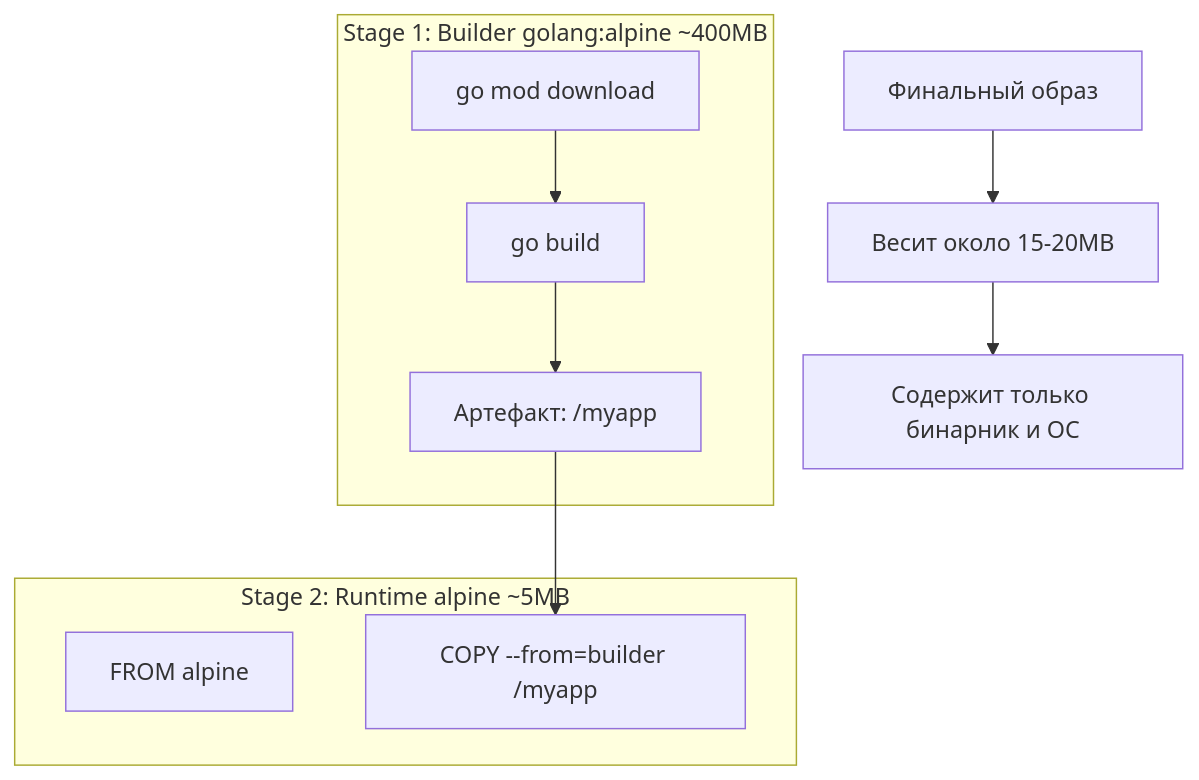
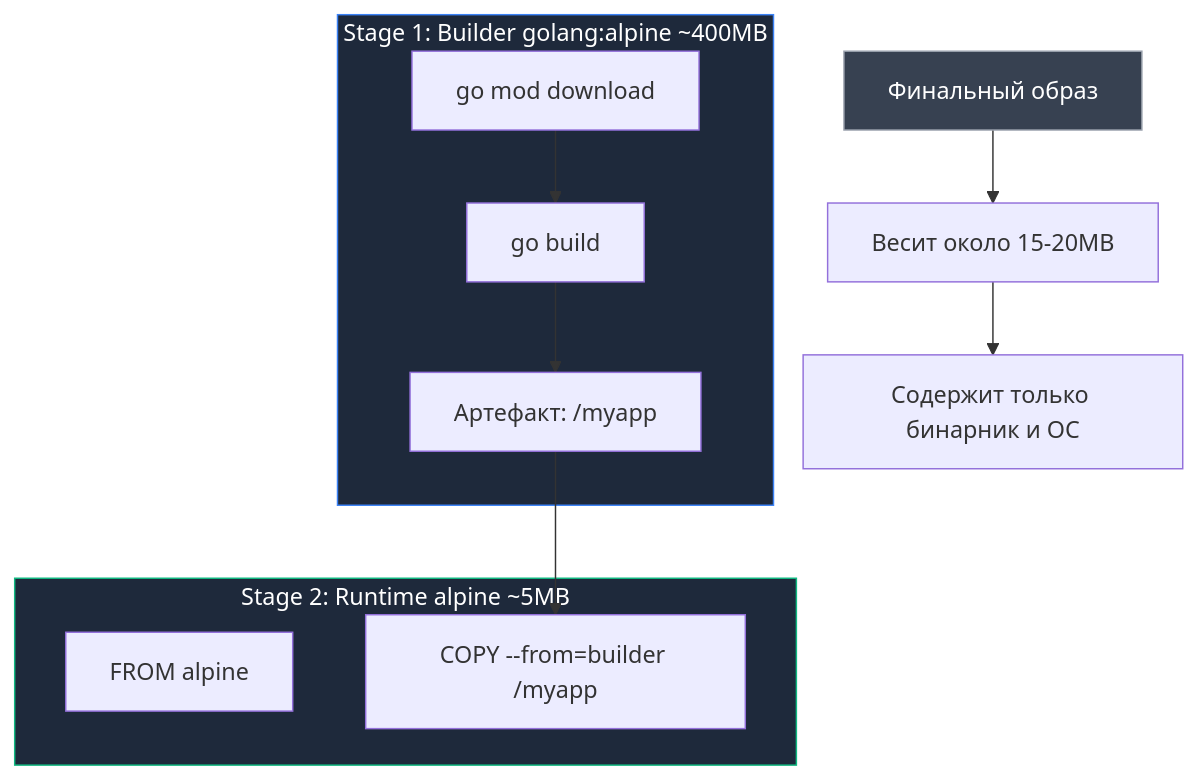
The diagram in sources/8. Инфраструктура языка, Тулинг и CI_CD/23. Multi stage сборки Docker.md (UnrealTemplier/go-textbook), drawn with Mermaid before and after one commit. The commit also changed other lines of this file, not shown here.

````diff
--- a/sources/8. Инфраструктура языка, Тулинг и CI_CD/23. Multi stage сборки Docker.md
+++ b/sources/8. Инфраструктура языка, Тулинг и CI_CD/23. Multi stage сборки Docker.md
@@ -54,17 +63,21 @@
 ```mermaid
 flowchart TD
     subgraph Builder ["Stage 1: Builder golang:alpine ~400MB"]
         A["go mod download"] --> B["go build"]
         B --> C["Артефакт: /myapp"]
     end
     
     subgraph Runtime ["Stage 2: Runtime alpine ~5MB"]
         D["FROM alpine"]
         E["COPY --from=builder /myapp"]
     end
     
     C --> E
     
     F["Финальный образ"] --> G["Весит около 15-20MB"]
     G --> H["Содержит только бинарник и ОС"]
+    
+    style Builder fill:#1e293b,stroke:#3b82f6,color:#fff
+    style Runtime fill:#1e293b,stroke:#10b981,color:#fff
+    style F fill:#374151,stroke:#9ca3af,color:#fff
 ```
````
